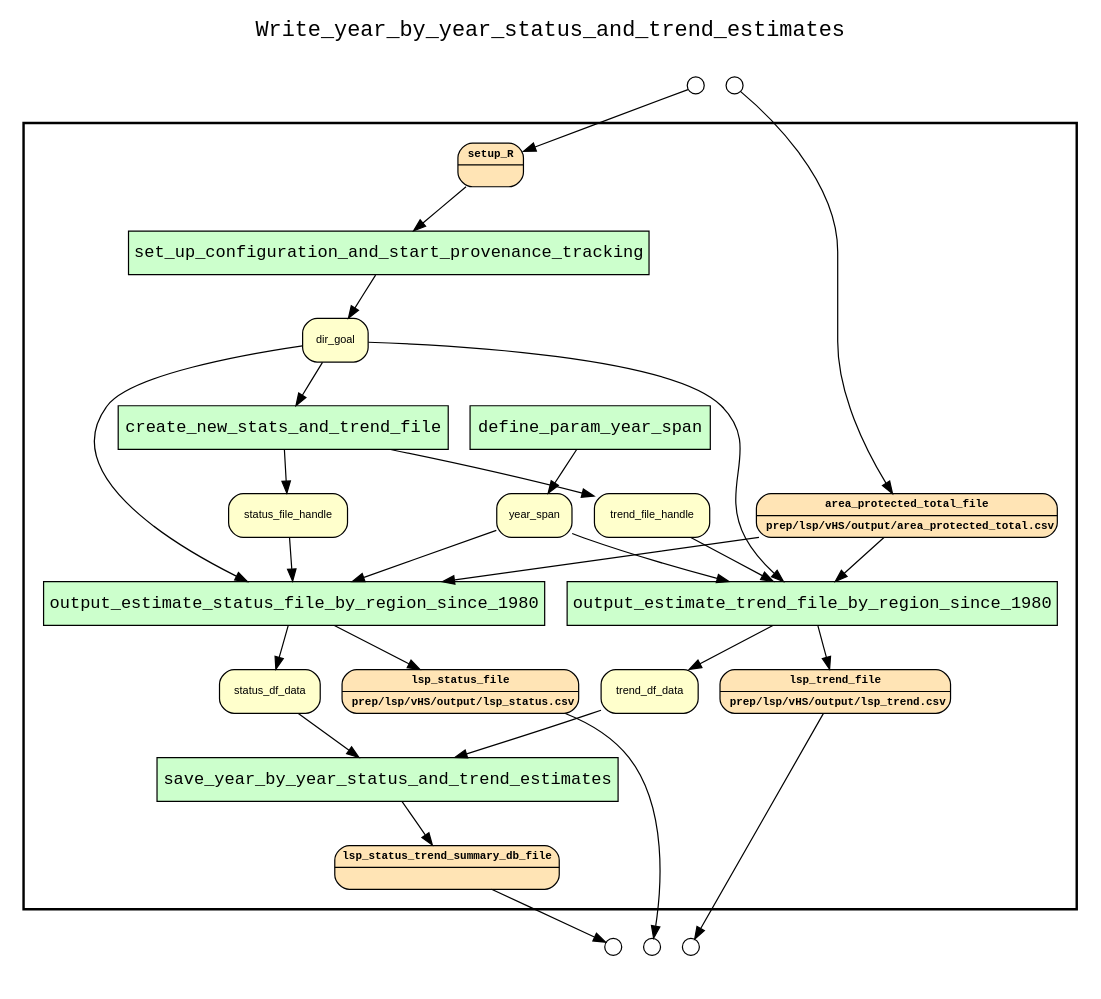
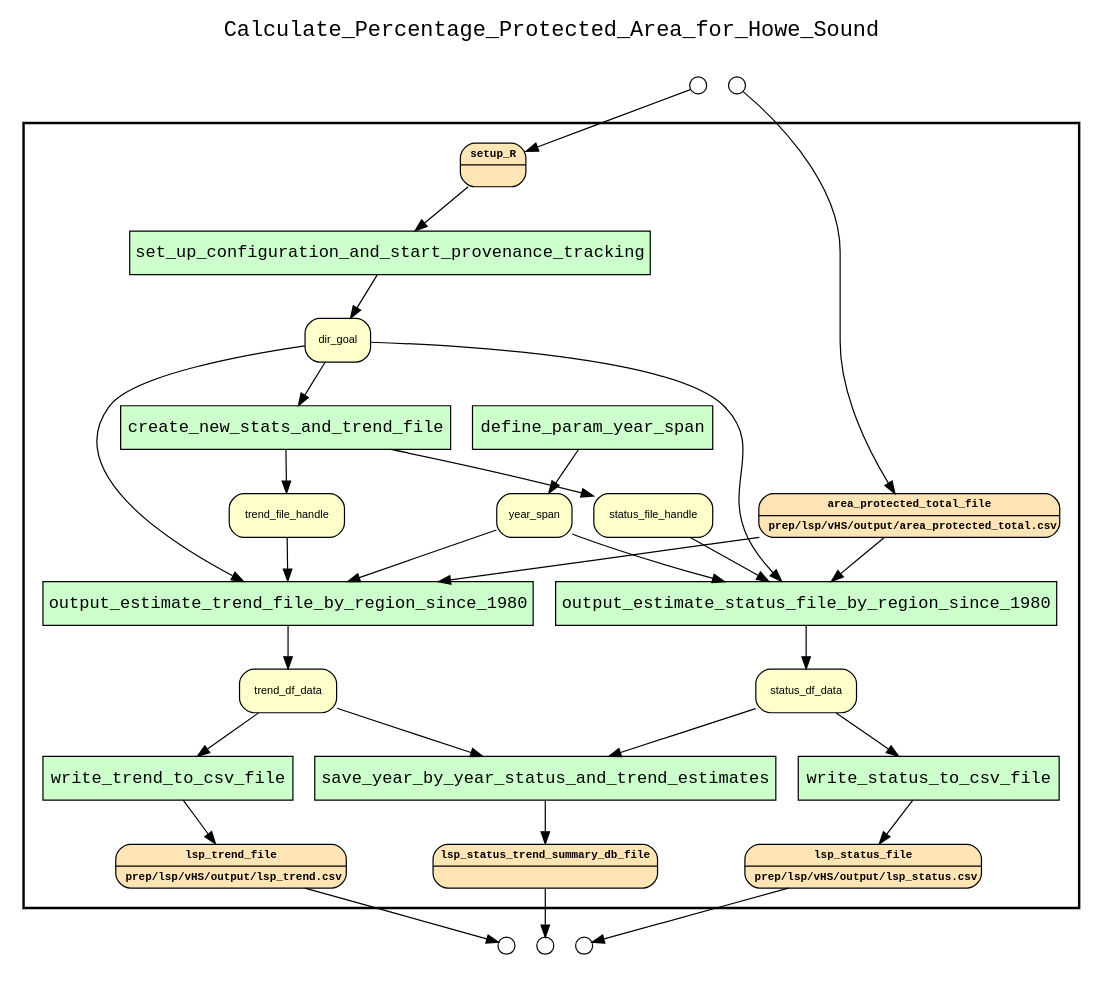
The diagram in examples/OHIBC_Howe_Sound/hybrid provenance queries/examples/estimate_status_and_trend_by_year/results/wf_recon_complete_graph_all_observables.gv (sycao5/runManager-multipleRuns), drawn with Graphviz before and after one commit. The commit also changed 30 other files, not shown here.

Commit message:
Update yw annotations for estimate_status_and_trend_by_year.R hybrid query .

```diff
--- a/examples/OHIBC_Howe_Sound/hybrid provenance queries/examples/estimate_status_and_trend_by_year/results/wf_recon_complete_graph_all_observables.gv
+++ b/examples/OHIBC_Howe_Sound/hybrid provenance queries/examples/estimate_status_and_trend_by_year/results/wf_recon_complete_graph_all_observables.gv
@@ -1,71 +1,75 @@
 
 digraph yw_data_view {
 rankdir=TB
 fontname=Courier; fontsize=18; labelloc=t
-label="Write_year_by_year_status_and_trend_estimates"
+label="Calculate_Percentage_Protected_Area_for_Howe_Sound"
 subgraph cluster_workflow { label=""; color=black; penwidth=2
 subgraph cluster_workflow_inner { label=""; color=white
 node[shape=box style="filled" fillcolor="#CCFFCC" peripheries=1 fontname=Courier]
 set_up_configuration_and_start_provenance_tracking
 create_new_stats_and_trend_file
 define_param_year_span
 output_estimate_status_file_by_region_since_1980
+write_status_to_csv_file
 output_estimate_trend_file_by_region_since_1980
+write_trend_to_csv_file
 save_year_by_year_status_and_trend_estimates
 node[shape=box style="filled" fillcolor="#CCFFCC" peripheries=1 fontname=Courier]
 node[shape=box style="rounded,filled" fillcolor="#FFE4B5" peripheries=1 fontname="Courier-Bold" fontsize=9]
 setup_R[shape=record rankdir=LR label="{<f0> setup_R |<f1>}"]
 area_protected_total_file[shape=record rankdir=LR label="{<f0> area_protected_total_file |<f1>prep/lsp/vHS/output/area_protected_total.csv\l}"]
 node[shape=box style="rounded,filled" fillcolor="#FFFFCC" peripheries=1 fontname=Helvetica]
 dir_goal
 status_file_handle
 trend_file_handle
 year_span
 status_df_data
 trend_df_data
 node[shape=box style="rounded,filled" fillcolor="#FFE4B5" peripheries=1 fontname="Courier-Bold" fontsize=9]
 lsp_status_file[shape=record rankdir=LR label="{<f0> lsp_status_file |<f1>prep/lsp/vHS/output/lsp_status.csv\l}"]
 lsp_trend_file[shape=record rankdir=LR label="{<f0> lsp_trend_file |<f1>prep/lsp/vHS/output/lsp_trend.csv\l}"]
 lsp_status_trend_summary_db_file[shape=record rankdir=LR label="{<f0> lsp_status_trend_summary_db_file |<f1>}"]
 node[shape=box style="rounded,filled" fillcolor="#FFFFFF" peripheries=1 fontname=Helvetica]
 }}
 subgraph cluster_inflows { label=""; color=white; penwidth=2
 subgraph cluster_inflows_inner { label=""; color=white
 node[shape=circle fillcolor="#FFFFFF" peripheries=1 width=0.2]
 setup_R_inflow [label=""]
 area_protected_total_file_inflow [label=""]
 }}
 subgraph cluster_outflows { label=""; color=white; penwidth=2
 subgraph cluster_outflows_inner { label=""; color=white
 node[shape=circle fillcolor="#FFFFFF" peripheries=1 width=0.2]
 lsp_status_trend_summary_db_file_outflow [label=""]
 lsp_trend_file_outflow [label=""]
 lsp_status_file_outflow [label=""]
 }}
 setup_R -> set_up_configuration_and_start_provenance_tracking
 dir_goal -> create_new_stats_and_trend_file
 dir_goal -> output_estimate_status_file_by_region_since_1980
 dir_goal -> output_estimate_trend_file_by_region_since_1980
 status_file_handle -> output_estimate_status_file_by_region_since_1980
 trend_file_handle -> output_estimate_trend_file_by_region_since_1980
 year_span -> output_estimate_status_file_by_region_since_1980
 year_span -> output_estimate_trend_file_by_region_since_1980
 area_protected_total_file -> output_estimate_status_file_by_region_since_1980
 area_protected_total_file -> output_estimate_trend_file_by_region_since_1980
+status_df_data -> write_status_to_csv_file
 status_df_data -> save_year_by_year_status_and_trend_estimates
+trend_df_data -> write_trend_to_csv_file
 trend_df_data -> save_year_by_year_status_and_trend_estimates
 set_up_configuration_and_start_provenance_tracking -> dir_goal
 create_new_stats_and_trend_file -> status_file_handle
 create_new_stats_and_trend_file -> trend_file_handle
 define_param_year_span -> year_span
-output_estimate_status_file_by_region_since_1980 -> lsp_status_file
 output_estimate_status_file_by_region_since_1980 -> status_df_data
-output_estimate_trend_file_by_region_since_1980 -> lsp_trend_file
+write_status_to_csv_file -> lsp_status_file
 output_estimate_trend_file_by_region_since_1980 -> trend_df_data
+write_trend_to_csv_file -> lsp_trend_file
 save_year_by_year_status_and_trend_estimates -> lsp_status_trend_summary_db_file
 setup_R_inflow -> setup_R
 area_protected_total_file_inflow -> area_protected_total_file
 lsp_status_trend_summary_db_file -> lsp_status_trend_summary_db_file_outflow
 lsp_trend_file -> lsp_trend_file_outflow
 lsp_status_file -> lsp_status_file_outflow
 }
```
